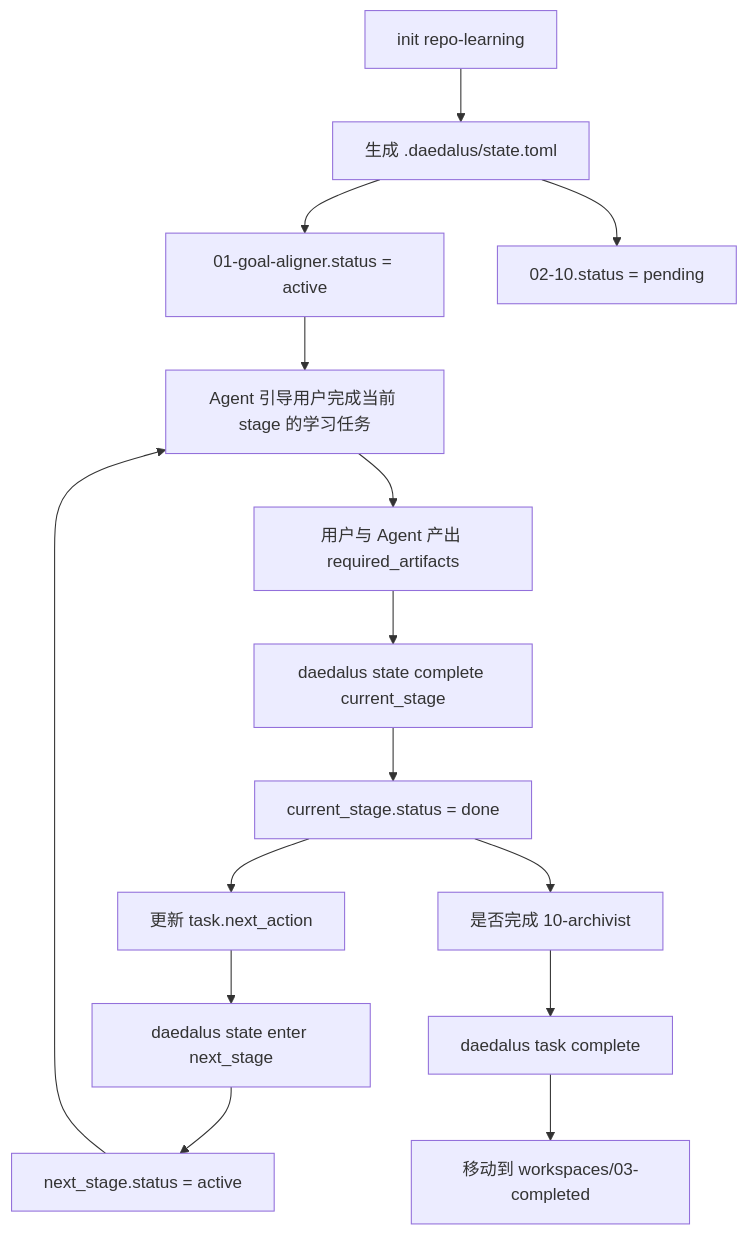
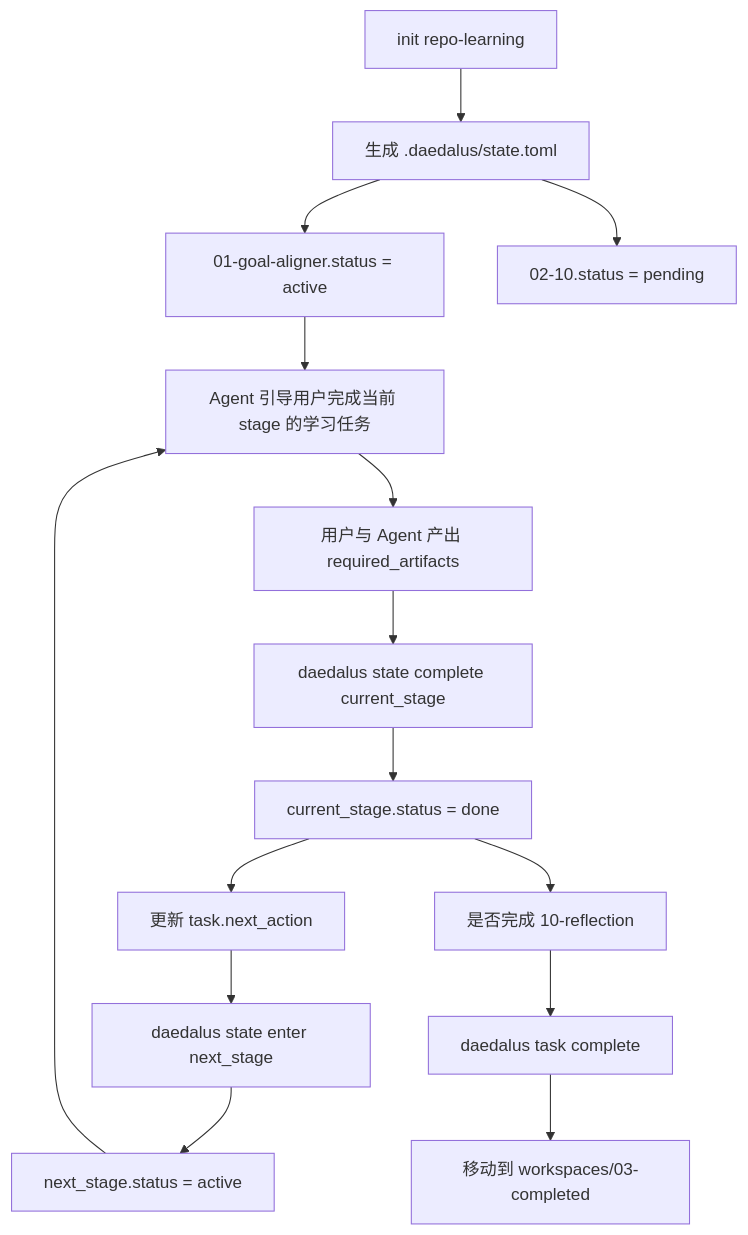
Before and after one commit to hedon954/daedalus: the fourth of 8 diagrams in crates/docs/repo-learning-stage-state-flow.md, drawn with Mermaid. The commit also changed other lines of this file and 43 other files, not shown here.

````diff
--- a/crates/docs/repo-learning-stage-state-flow.md
+++ b/crates/docs/repo-learning-stage-state-flow.md
@@ -85,19 +85,19 @@
 ```mermaid
 flowchart TD
     init["init repo-learning"] --> createState["生成 .daedalus/state.toml"]
     createState --> firstActive["01-goal-aligner.status = active"]
     createState --> othersPending["02-10.status = pending"]
 
     firstActive --> workStage["Agent 引导用户完成当前 stage 的学习任务"]
     workStage --> produceArtifacts["用户与 Agent 产出 required_artifacts"]
     produceArtifacts --> completeStage["daedalus state complete current_stage"]
     completeStage --> markDone["current_stage.status = done"]
     markDone --> nextAction["更新 task.next_action"]
     nextAction --> enterNext["daedalus state enter next_stage"]
     enterNext --> nextActive["next_stage.status = active"]
     nextActive --> workStage
 
-    markDone --> finalCheck["是否完成 10-archivist"]
+    markDone --> finalCheck["是否完成 10-reflection"]
     finalCheck --> closeTask["daedalus task complete"]
     closeTask --> completedBucket["移动到 workspaces/03-completed"]
 ```
````
